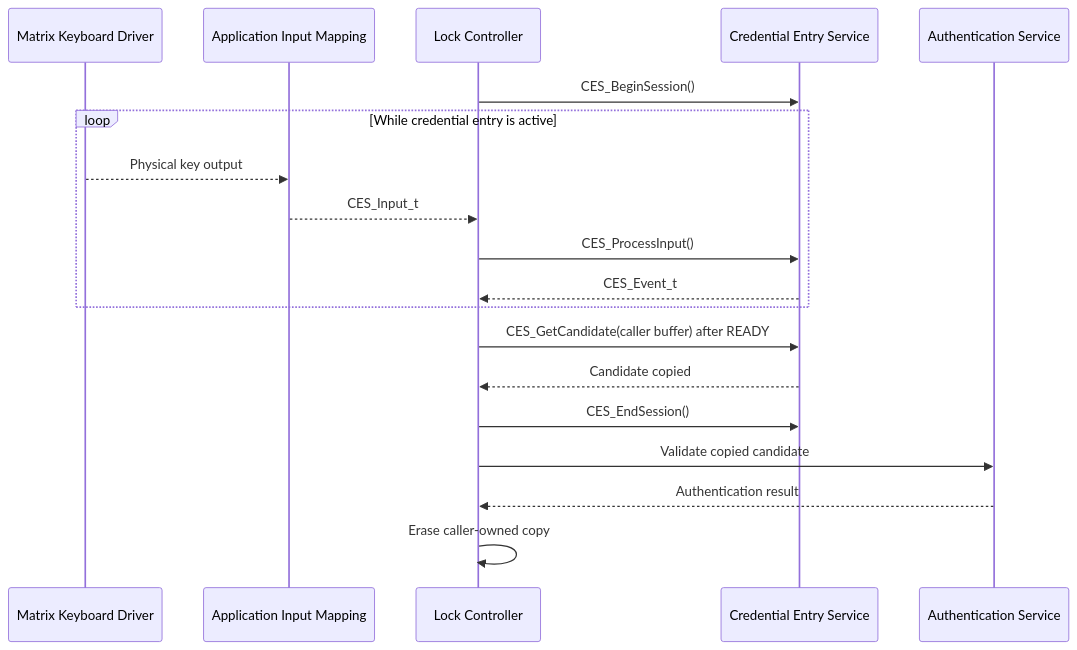
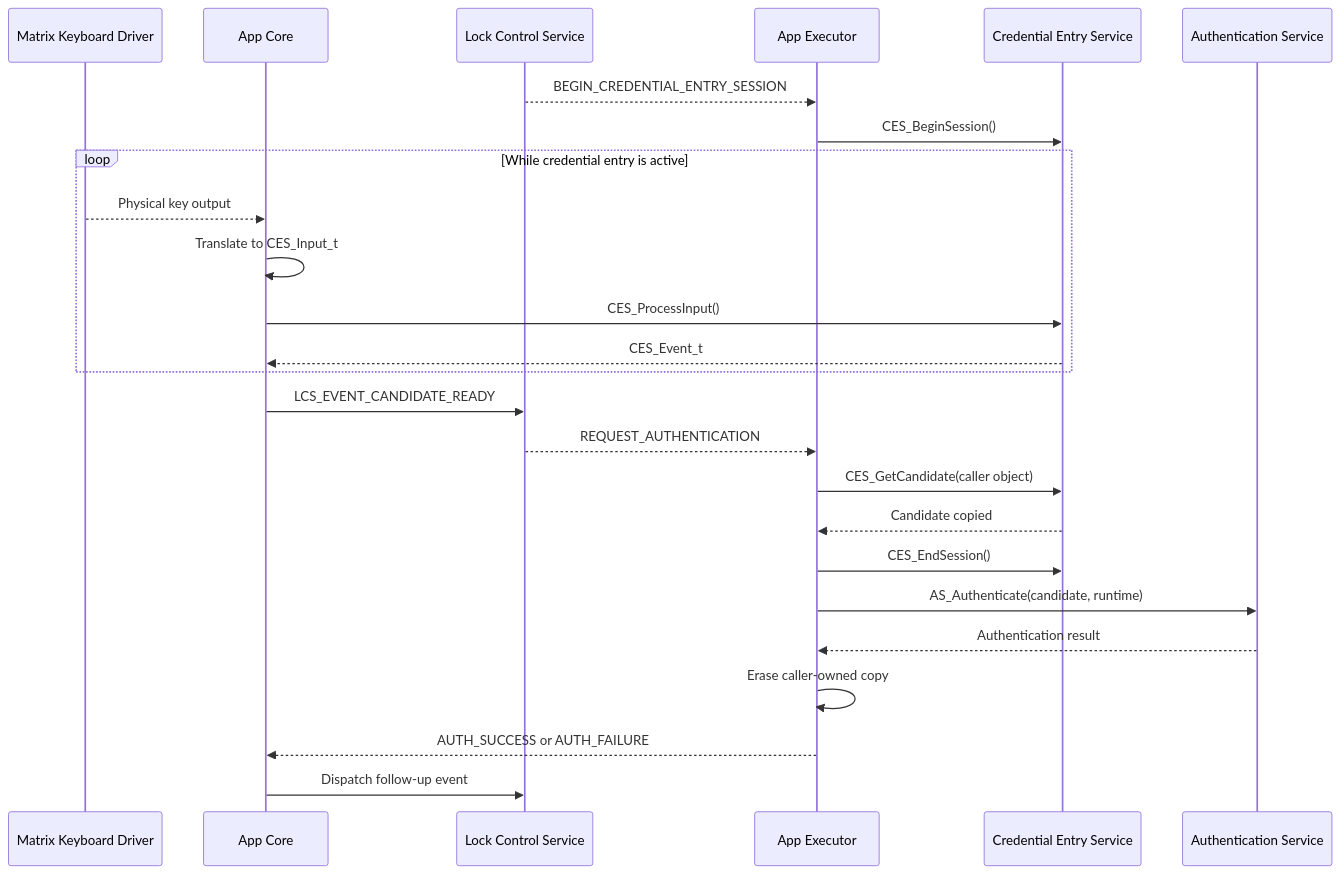
Before and after one commit to JP-REY/STM32F103C8T6-Based-Electronic-Lock: the third of 3 diagrams in Libs/Services/Credential_Entry/README.md, drawn with Mermaid. The commit also changed other lines of this file and 22 other files, not shown here.

First line of the commit message:
docs: update project architecture and module documentation

````diff
--- a/Libs/Services/Credential_Entry/README.md
+++ b/Libs/Services/Credential_Entry/README.md
@@ -728,24 +757,30 @@
 ```mermaid
 sequenceDiagram
     participant MK as Matrix Keyboard Driver
-    participant APP as Application Input Mapping
-    participant CTRL as Lock Controller
+    participant CORE as App Core
+    participant LCS as Lock Control Service
+    participant EXEC as App Executor
     participant CES as Credential Entry Service
     participant AUTH as Authentication Service
 
-    CTRL->>CES: CES_BeginSession()
+    LCS-->>EXEC: BEGIN_CREDENTIAL_ENTRY_SESSION
+    EXEC->>CES: CES_BeginSession()
 
     loop While credential entry is active
-        MK-->>APP: Physical key output
-        APP-->>CTRL: CES_Input_t
-        CTRL->>CES: CES_ProcessInput()
-        CES-->>CTRL: CES_Event_t
+        MK-->>CORE: Physical key output
+        CORE->>CORE: Translate to CES_Input_t
+        CORE->>CES: CES_ProcessInput()
+        CES-->>CORE: CES_Event_t
     end
 
-    CTRL->>CES: CES_GetCandidate(caller buffer) after READY
-    CES-->>CTRL: Candidate copied
-    CTRL->>CES: CES_EndSession()
-    CTRL->>AUTH: Validate copied candidate
-    AUTH-->>CTRL: Authentication result
-    CTRL->>CTRL: Erase caller-owned copy
+    CORE->>LCS: LCS_EVENT_CANDIDATE_READY
+    LCS-->>EXEC: REQUEST_AUTHENTICATION
+    EXEC->>CES: CES_GetCandidate(caller object)
+    CES-->>EXEC: Candidate copied
+    EXEC->>CES: CES_EndSession()
+    EXEC->>AUTH: AS_Authenticate(candidate, runtime)
+    AUTH-->>EXEC: Authentication result
+    EXEC->>EXEC: Erase caller-owned copy
+    EXEC-->>CORE: AUTH_SUCCESS or AUTH_FAILURE
+    CORE->>LCS: Dispatch follow-up event
 ```
````
